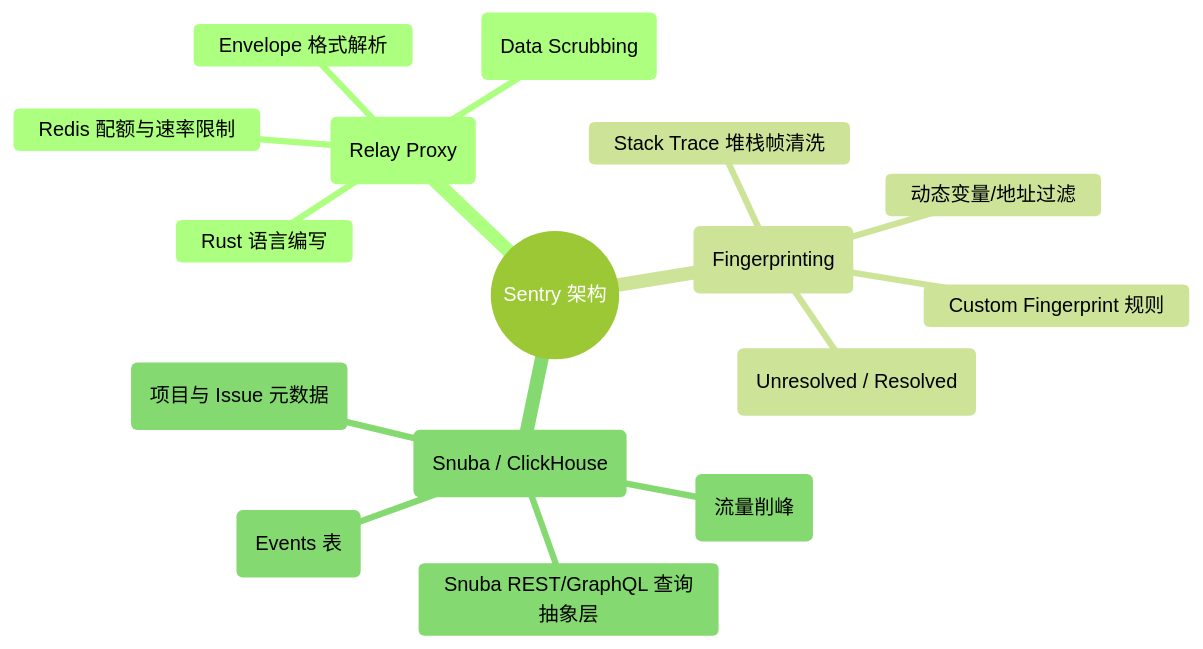
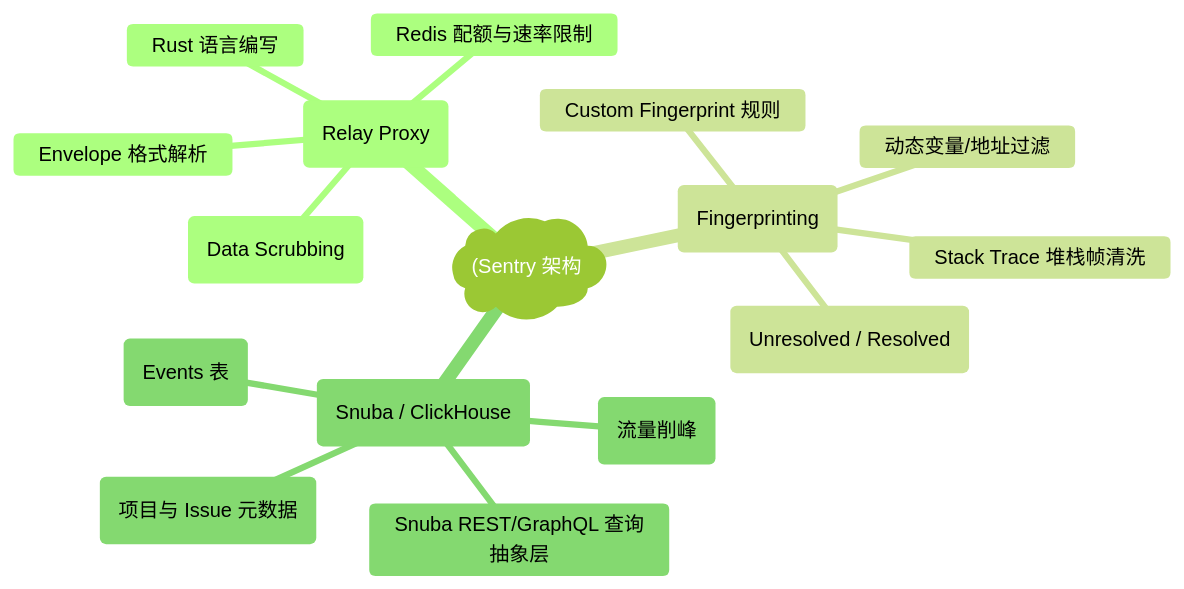
One commit to koosai/AI-Architect-Learning changed the second of 6 diagrams in docs/atlas/sentry.mdx. Above: the diagram before and after it, drawn with Mermaid (forest theme). The commit also changed other lines of this file and 187 other files, not shown here.

Commit message:
fix(mermaid): fix all unquoted parens and edge label syntax errors across all docs

````diff
--- a/docs/atlas/sentry.mdx
+++ b/docs/atlas/sentry.mdx
@@ -82,19 +82,19 @@
 ```mermaid
 mindmap
-  root((Sentry 架构))
+  root("(Sentry 架构"))
     边缘接收层 (Relay Proxy)
       Rust 语言编写
       Envelope 格式解析
       PII 敏感数据脱敏 (Data Scrubbing)
       Redis 配额与速率限制
     错误聚合与分析 (Fingerprinting)
       Stack Trace 堆栈帧清洗
       动态变量/地址过滤
       Custom Fingerprint 规则
       Issue 状态机 (Unresolved / Resolved)
     存储与检索层 (Snuba / ClickHouse)
       Kafka 消息队列 (流量削峰)
       Snuba REST/GraphQL 查询抽象层
       ClickHouse 列存数据库 (Events 表)
       PostgreSQL (项目与 Issue 元数据)
 ```
````
